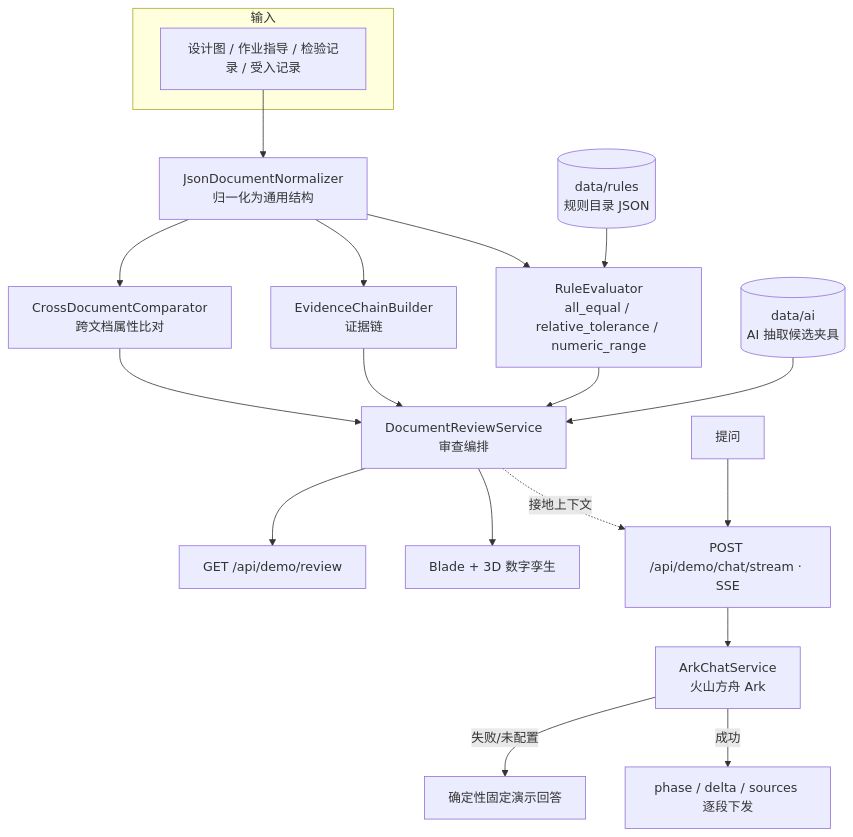
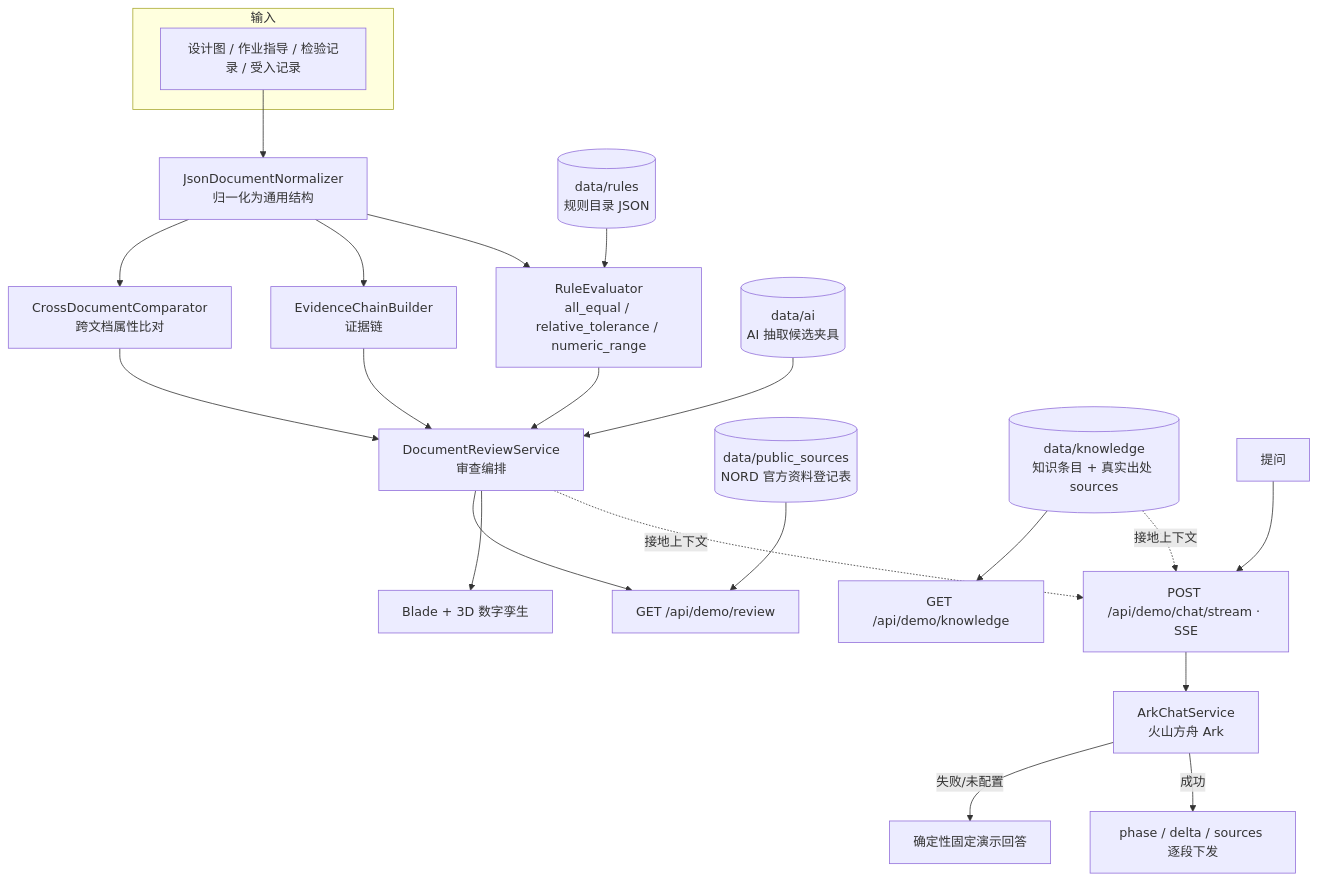
The diagram in README.zh-CN.md (moseszhu999/technical-document-review-demo), drawn with Mermaid before and after one commit. The commit also changed other lines of this file and 1 other file, not shown here.

First line of the commit message:
docs(readme): document the knowledge layer and repair mangled code-map paths

````diff
--- a/README.zh-CN.md
+++ b/README.zh-CN.md
@@ -51,27 +51,31 @@
 ```mermaid
 flowchart TD
     subgraph 输入
         D[设计图 / 作业指导 / 检验记录 / 受入记录]
     end
 
     D --> N[JsonDocumentNormalizer<br/>归一化为通用结构]
     N --> C[CrossDocumentComparator<br/>跨文档属性比对]
     N --> E[EvidenceChainBuilder<br/>证据链]
 
     RC[(data/rules<br/>规则目录 JSON)] --> R[RuleEvaluator<br/>all_equal / relative_tolerance / numeric_range]
     N --> R
 
     AC[(data/ai<br/>AI 抽取候选夹具)] --> S[DocumentReviewService<br/>审查编排]
     C --> S
     R --> S
     E --> S
 
     S --> API[GET /api/demo/review]
     S --> UI[Blade + 3D 数字孪生]
 
+    PS[(data/public_sources<br/>NORD 官方资料登记表)] --> API
+    KC[(data/knowledge<br/>知识条目 + 真实出处 sources)] --> KAPI[GET /api/demo/knowledge]
+
     Q[提问] --> CHAT[POST /api/demo/chat/stream · SSE]
     S -. 接地上下文 .-> CHAT
+    KC -. 接地上下文 .-> CHAT
     CHAT --> ARK[ArkChatService<br/>火山方舟 Ark]
     ARK -- 失败/未配置 --> FB[确定性固定演示回答]
     ARK -- 成功 --> ANS[phase / delta / sources 逐段下发]
 ```
````
